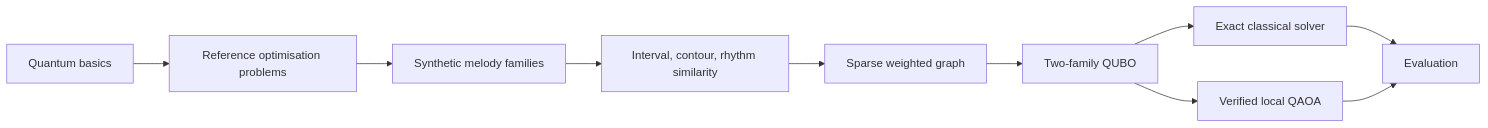
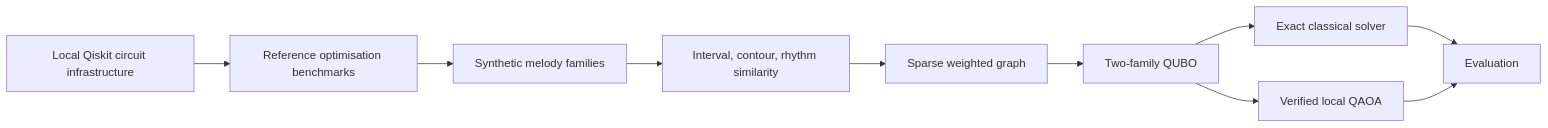
Before and after one commit to GwriPennar/quantum-folk-lab: the diagram in README.md, drawn with Mermaid. The commit also changed other lines of this file and 20 other files, not shown here.

First line of the commit message:
Strengthen public quantum optimisation research positioning

````diff
--- a/README.md
+++ b/README.md
@@ -11,12 +11,12 @@
 ```mermaid
 flowchart LR
-  A["Quantum basics"] --> B["Reference optimisation problems"]
+  A["Local Qiskit circuit infrastructure"] --> B["Reference optimisation benchmarks"]
   B --> C["Synthetic melody families"]
   C --> D["Interval, contour, rhythm similarity"]
   D --> E["Sparse weighted graph"]
   E --> F["Two-family QUBO"]
   F --> G["Exact classical solver"]
   F --> H["Verified local QAOA"]
   G --> I["Evaluation"]
   H --> I
 ```
````
